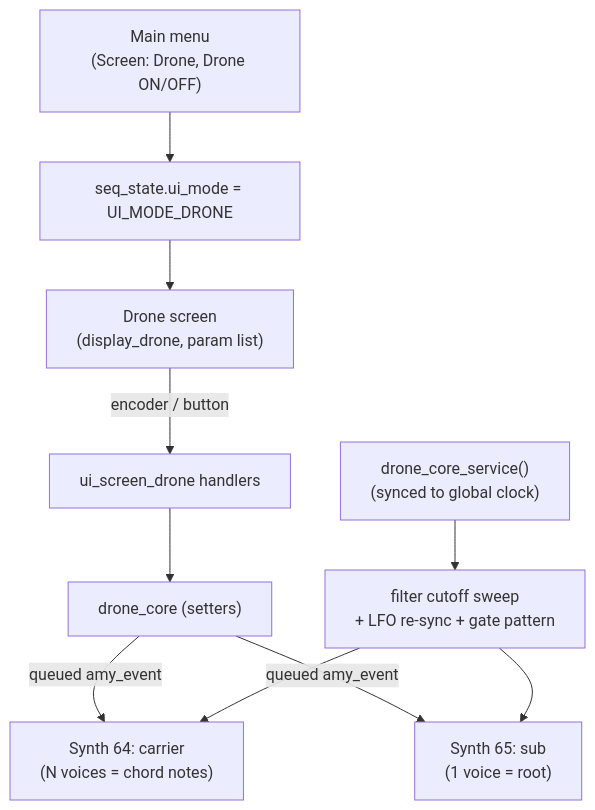
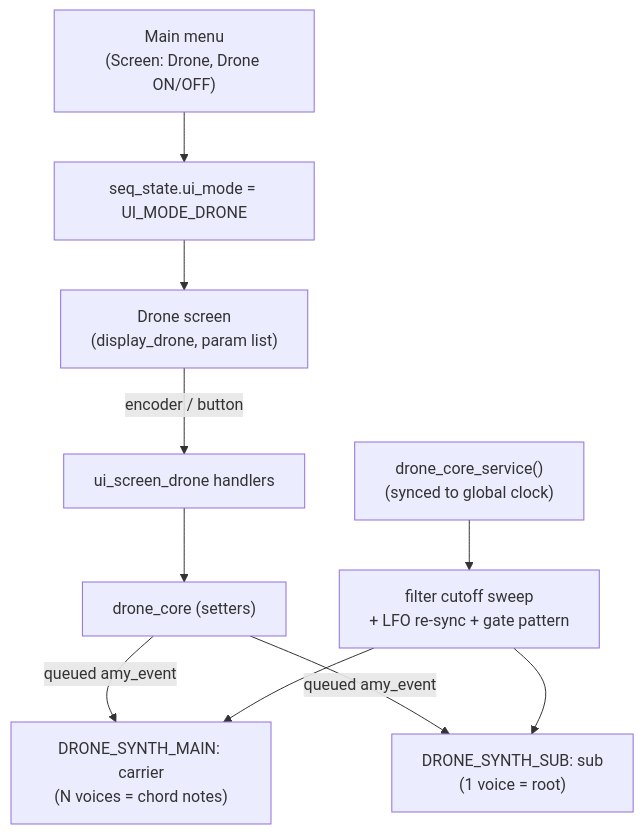
Before and after one commit to cxandy/S3-Amysynth: the first of 2 diagrams in components/synth_core/custompatches/DRONE.md, drawn with Mermaid. The commit also changed other lines of this file and 9 other files, not shown here.

````diff
--- a/components/synth_core/custompatches/DRONE.md
+++ b/components/synth_core/custompatches/DRONE.md
@@ -33,12 +33,12 @@
 ```mermaid
 flowchart TD
   MENU["Main menu\n(Screen: Drone, Drone ON/OFF)"] --> MODE["seq_state.ui_mode = UI_MODE_DRONE"]
   MODE --> SCREEN["Drone screen\n(display_drone, param list)"]
   SCREEN -->|encoder / button| GLUE["ui_screen_drone handlers"]
   GLUE --> CORE["drone_core (setters)"]
-  CORE -->|queued amy_event| MAIN["Synth 64: carrier\n(N voices = chord notes)"]
-  CORE -->|queued amy_event| SUB["Synth 65: sub\n(1 voice = root)"]
+  CORE -->|queued amy_event| MAIN["DRONE_SYNTH_MAIN: carrier\n(N voices = chord notes)"]
+  CORE -->|queued amy_event| SUB["DRONE_SYNTH_SUB: sub\n(1 voice = root)"]
   SERVICE["drone_core_service()\n(synced to global clock)"] --> SWEEP["filter cutoff sweep\n+ LFO re-sync + gate pattern"]
   SWEEP --> MAIN
   SWEEP --> SUB
 ```
````
